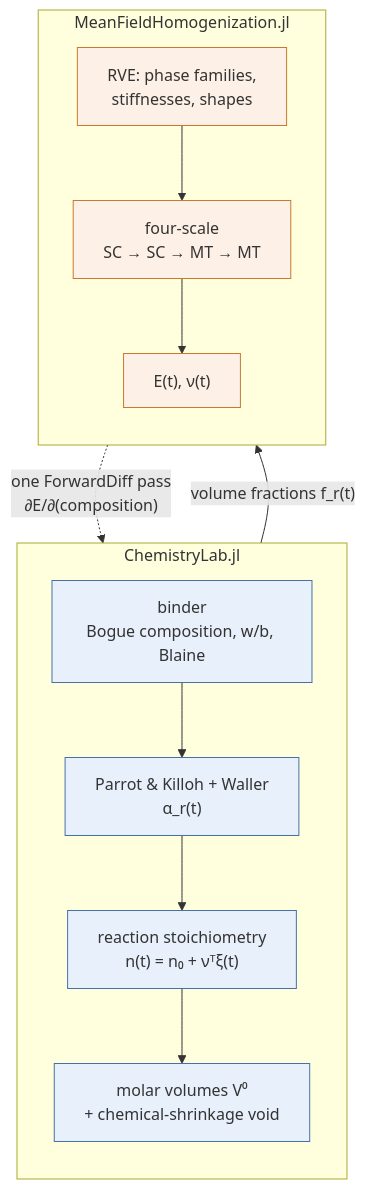
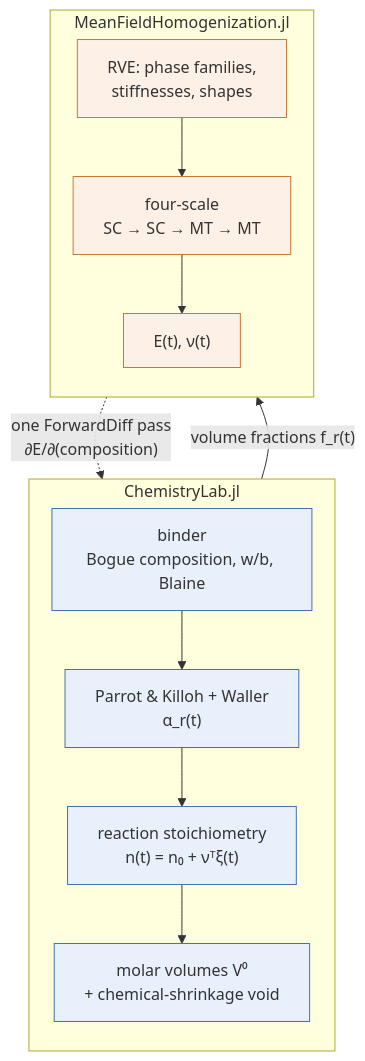
Before and after one commit to MicroPoroChemoMechanics/MeanFieldHomogenization.jl: the first of 2 diagrams in docs/src/applications/hydrating_blended_paste.md, drawn with Mermaid. The commit also changed other lines of this file and 4 other files, not shown here.

````diff
--- a/docs/src/applications/hydrating_blended_paste.md
+++ b/docs/src/applications/hydrating_blended_paste.md
@@ -21,25 +21,26 @@
 ```mermaid
+%%{init: {"flowchart": {"useMaxWidth": false, "nodeSpacing": 26, "rankSpacing": 34}} }%%
 flowchart TB
     subgraph CL["ChemistryLab.jl"]
         direction TB
         B["binder<br/>Bogue composition, w/b, Blaine"]
         K["Parrot & Killoh + Waller<br/>α_r(t)"]
         M["reaction stoichiometry<br/>n(t) = n₀ + νᵀξ(t)"]
         V["molar volumes V⁰<br/>+ chemical-shrinkage void"]
         B --> K --> M --> V
     end
     subgraph MFH["MeanFieldHomogenization.jl"]
         direction TB
         R["RVE: phase families,<br/>stiffnesses, shapes"]
         H["four-scale<br/>SC → SC → MT → MT"]
         E["E(t), ν(t)"]
         R --> H --> E
     end
     V -- "volume fractions f_r(t)" --> R
     E -. "one ForwardDiff pass<br/>∂E/∂(composition)" .-> B
 
     classDef chem fill:#e8f0fb,stroke:#4472a8;
     classDef mech fill:#fdf0e6,stroke:#c8792f;
     class B,K,M,V chem;
     class R,H,E mech;
 ```
````
